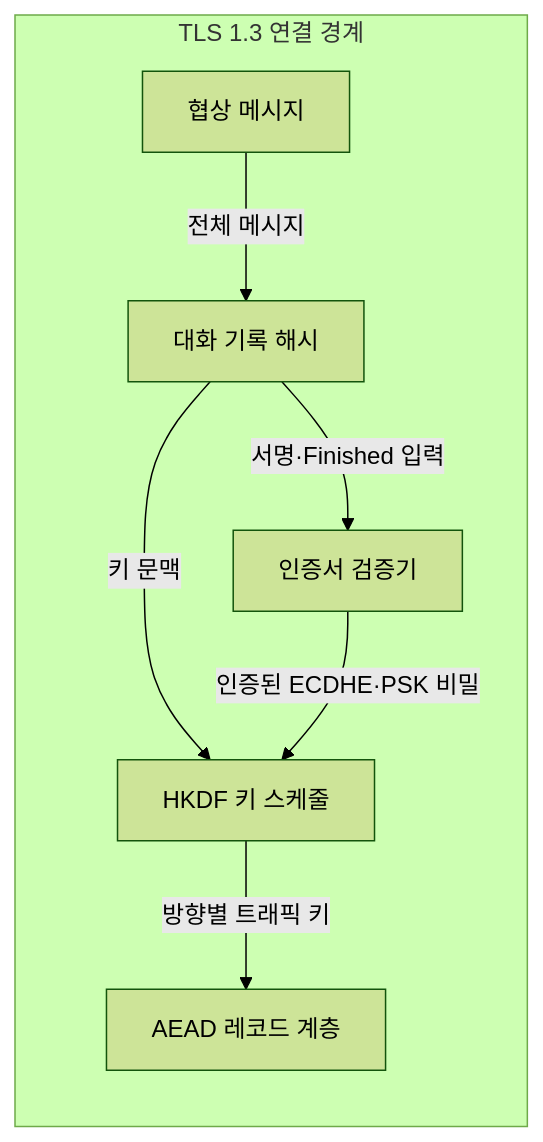
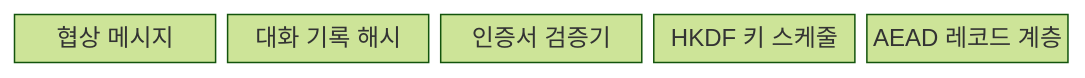
Before and after one commit to agnusdei1207/knowledge-base: the first of 2 diagrams in src/content/docs/notes/05-security/011_tls_1_3_handshake.md, drawn with Mermaid (forest theme). The commit also changed other lines of this file and 22 other files, not shown here.

````diff
--- a/src/content/docs/notes/05-security/011_tls_1_3_handshake.md
+++ b/src/content/docs/notes/05-security/011_tls_1_3_handshake.md
@@ -59,15 +60,9 @@
 ```mermaid
-flowchart LR
-    subgraph T["TLS 1.3 연결 경계"]
-        N["협상 메시지"]
-        H["대화 기록 해시"]
-        A["인증서 검증기"]
-        K["HKDF 키 스케줄"]
-        E["AEAD 레코드 계층"]
-        N -->|"전체 메시지"| H
-        H -->|"서명·Finished 입력"| A
-        H -->|"키 문맥"| K
-        A -->|"인증된 ECDHE·PSK 비밀"| K
-        K -->|"방향별 트래픽 키"| E
-    end
+block-beta
+    columns 5
+    N["협상 메시지"]
+    H["대화 기록 해시"]
+    A["인증서 검증기"]
+    K["HKDF 키 스케줄"]
+    E["AEAD 레코드 계층"]
 ```
````
